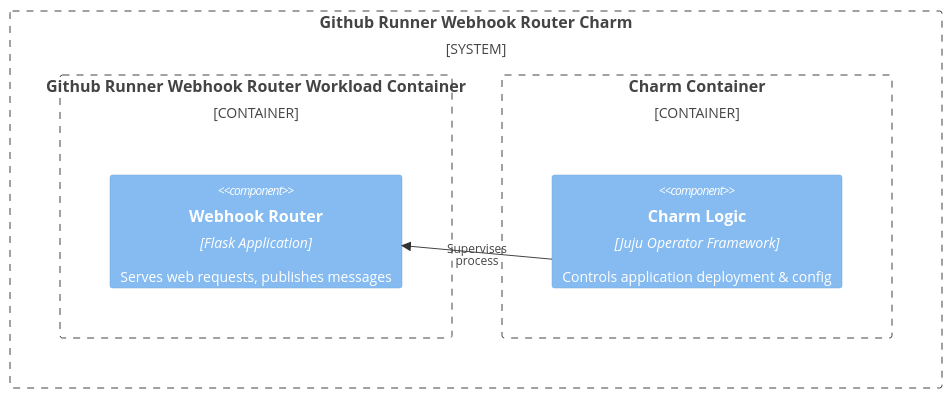
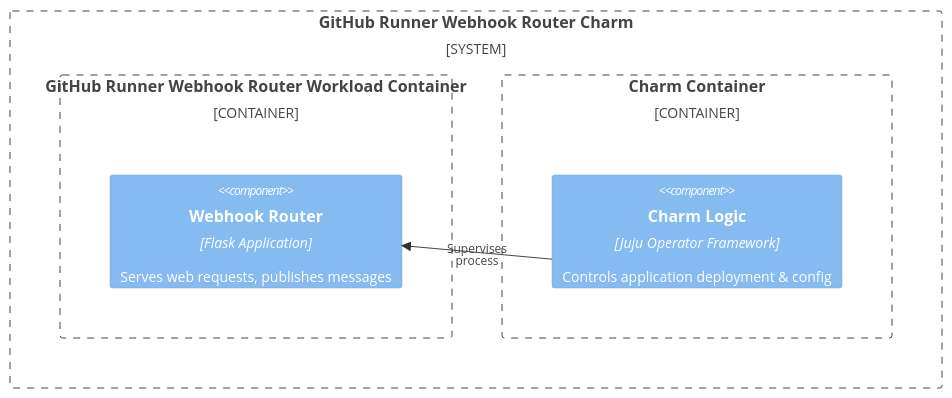
Before and after one commit to canonical/github-runner-webhook-router: the diagram in charm/docs/charm-architecture.md, drawn with Mermaid. The commit also changed other lines of this file and 9 other files, not shown here.

````diff
--- a/charm/docs/charm-architecture.md
+++ b/charm/docs/charm-architecture.md
@@ -13,19 +13,19 @@
 ```mermaid
 C4Container
 
-System_Boundary(webhookroutercharm, "Github Runner Webhook Router Charm") {
+System_Boundary(webhookroutercharm, "GitHub Runner Webhook Router Charm") {
 
-    Container_Boundary(webhookrouter_container, "Github Runner Webhook Router Workload Container") {
+    Container_Boundary(webhookrouter_container, "GitHub Runner Webhook Router Workload Container") {
         Component(webhookrouter_core, "Webhook Router", "Flask Application", "Serves web requests, publishes messages")
     }
 
     Container_Boundary(charm_container, "Charm Container") {
         Component(charm_logic, "Charm Logic", "Juju Operator Framework", "Controls application deployment & config")
     }
 }
 
 Rel(charm_logic, webhookrouter_core, "Supervises<br>process")
 
 UpdateRelStyle(charm_logic, webhookrouter_core, $offsetX="-30")
 
 ```
````
